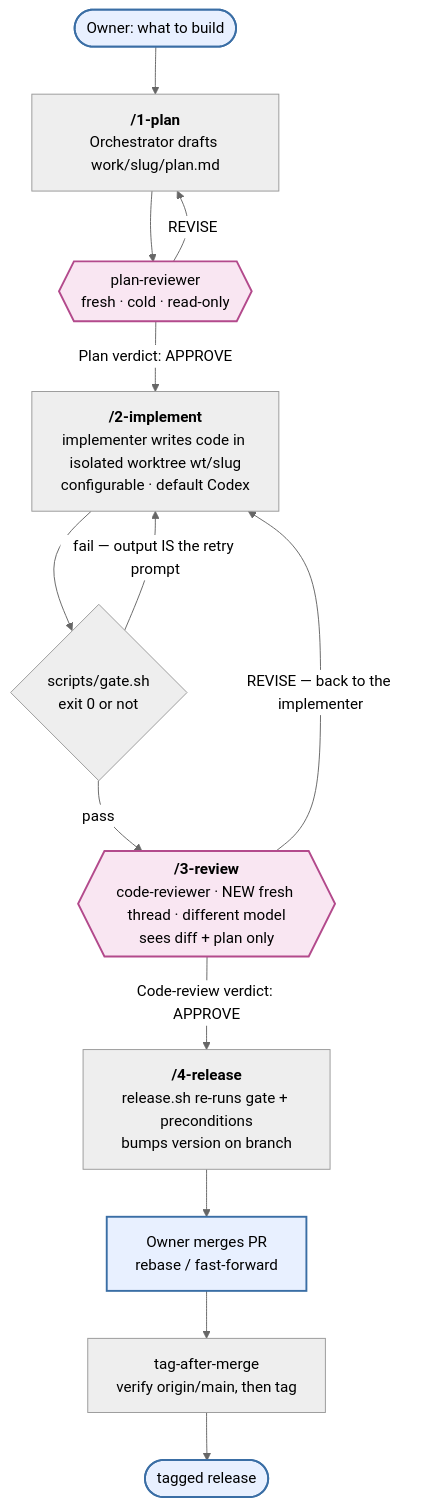
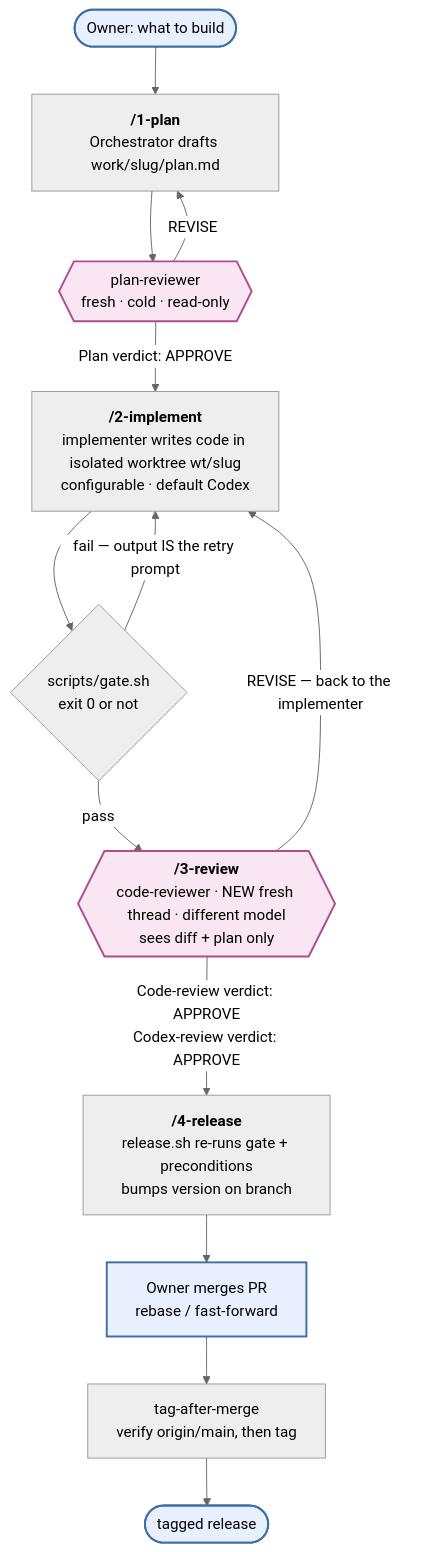
The first of 2 diagrams in README.md (ChristopherHoward1/agentic-coding), drawn with Mermaid (neutral theme) before and after one commit. The commit also changed 5 other files, not shown here.

First line of the commit message:
Add codex second reviewer: codex-review.sh, dual-sentinel release enforcement

````diff
--- a/README.md
+++ b/README.md
@@ -19,23 +19,23 @@
 ```mermaid
 flowchart TD
     Owner([Owner: what to build]):::human --> Draft
 
     Draft["<b>/1-plan</b><br/>Orchestrator drafts work/slug/plan.md"] --> PRev{{"plan-reviewer<br/>fresh · cold · read-only"}}:::grill
     PRev -- "REVISE" --> Draft
     PRev -- "Plan verdict: APPROVE" --> Impl
 
     Impl["<b>/2-implement</b><br/>implementer writes code in isolated worktree wt/slug<br/>configurable · default Codex"] --> Gate{"scripts/gate.sh<br/>exit 0 or not"}
     Gate -- "fail — output IS the retry prompt" --> Impl
     Gate -- "pass" --> CRev
 
     CRev{{"<b>/3-review</b><br/>code-reviewer · NEW fresh thread · different model<br/>sees diff + plan only"}}:::grill
     CRev -- "REVISE — back to the implementer" --> Impl
-    CRev -- "Code-review verdict: APPROVE" --> Rel
+    CRev -- "Code-review verdict: APPROVE<br/>Codex-review verdict: APPROVE" --> Rel
 
     Rel["<b>/4-release</b><br/>release.sh re-runs gate + preconditions<br/>bumps version on branch"] --> Merge["Owner merges PR<br/>rebase / fast-forward"]:::human
     Merge --> Tag["tag-after-merge<br/>verify origin/main, then tag"]
     Tag --> Done([tagged release]):::human
 
     classDef grill fill:#f9e6f2,stroke:#b34a8c,stroke-width:2px,color:#000;
     classDef human fill:#e8f0ff,stroke:#3a6ea5,stroke-width:2px,color:#000;
 ```
````
